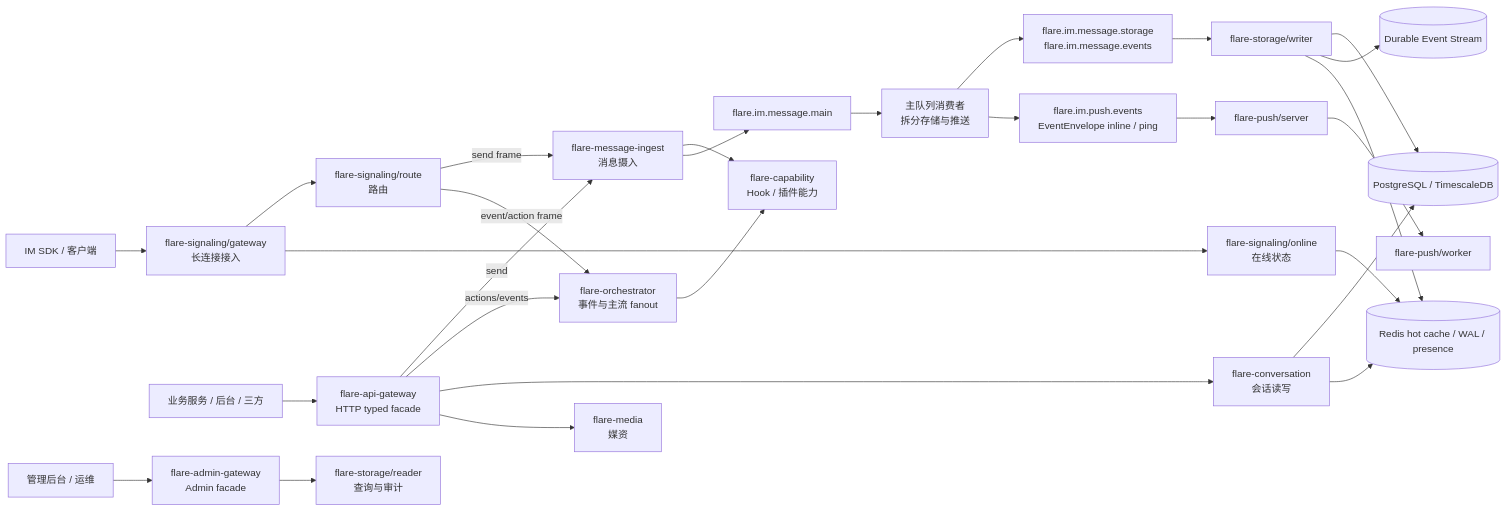
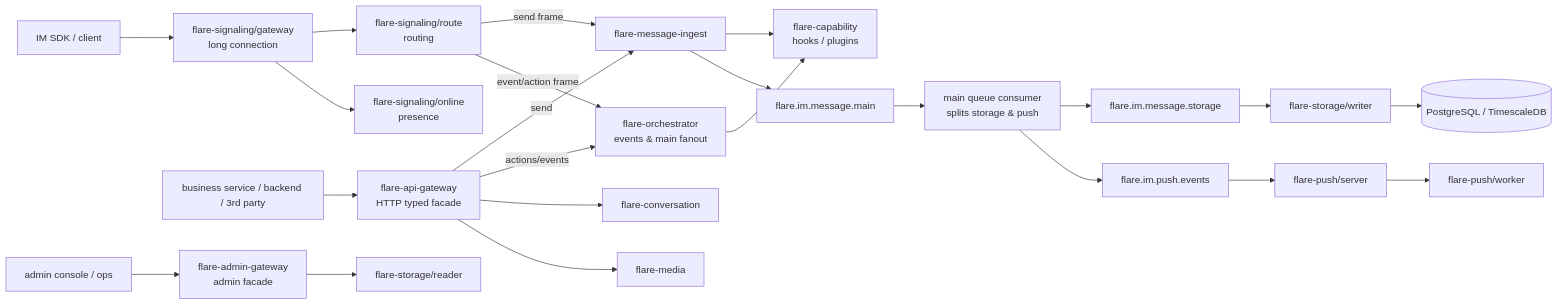
Before and after one commit to flare-im/flare-im-core-server: the second of 2 diagrams in README.md, drawn with Mermaid. The commit also changed other lines of this file and 7 other files, not shown here.

````diff
--- a/README.md
+++ b/README.md
@@ -123,32 +116,27 @@
 ```mermaid
 flowchart LR
-    SDK["IM SDK / 客户端"] --> SGW["flare-signaling/gateway<br/>长连接接入"]
-    ThirdParty["业务服务 / 后台 / 三方"] --> CGW["flare-api-gateway<br/>HTTP typed facade"]
-    Admin["管理后台 / 运维"] --> AGW["flare-admin-gateway<br/>Admin facade"]
+    SDK["IM SDK / client"] --> SGW["flare-signaling/gateway<br/>long connection"]
+    ThirdParty["business service / backend / 3rd party"] --> CGW["flare-api-gateway<br/>HTTP typed facade"]
+    Admin["admin console / ops"] --> AGW["flare-admin-gateway<br/>admin facade"]
 
-    SGW --> Route["flare-signaling/route<br/>路由"]
-    SGW --> Online["flare-signaling/online<br/>在线状态"]
-    CGW -- "send" --> Ingest["flare-message-ingest<br/>消息摄入"]
-    CGW -- "actions/events" --> Orchestrator["flare-orchestrator<br/>事件与主流 fanout"]
-    CGW --> Conversation["flare-conversation<br/>会话读写"]
-    CGW --> Media["flare-media<br/>媒资"]
-    AGW --> StorageReader["flare-storage/reader<br/>查询与审计"]
+    SGW --> Route["flare-signaling/route<br/>routing"]
+    SGW --> Online["flare-signaling/online<br/>presence"]
+    CGW -- "send" --> Ingest["flare-message-ingest"]
+    CGW -- "actions/events" --> Orchestrator["flare-orchestrator<br/>events &amp; main fanout"]
+    CGW --> Conversation["flare-conversation"]
+    CGW --> Media["flare-media"]
+    AGW --> StorageReader["flare-storage/reader"]
 
     Route -- "send frame" --> Ingest
     Route -- "event/action frame" --> Orchestrator
-    Ingest --> Capability["flare-capability<br/>Hook / 插件能力"]
+    Ingest --> Capability["flare-capability<br/>hooks / plugins"]
     Orchestrator --> Capability
     Ingest --> MQMain["flare.im.message.main"]
-    MQMain --> OrchestratorFanout["主队列消费者<br/>拆分存储与推送"]
-    OrchestratorFanout --> MQStorage["flare.im.message.storage<br/>flare.im.message.events"]
-    OrchestratorFanout --> MQPush["flare.im.push.events<br/>EventEnvelope inline / ping"]
+    MQMain --> Fanout["main queue consumer<br/>splits storage &amp; push"]
+    Fanout --> MQStorage["flare.im.message.storage"]
+    Fanout --> MQPush["flare.im.push.events"]
     MQStorage --> StorageWriter["flare-storage/writer"]
     MQPush --> PushServer["flare-push/server"]
     PushServer --> PushWorker["flare-push/worker"]
     StorageWriter --> Postgres[("PostgreSQL / TimescaleDB")]
-    StorageWriter --> EventStream[("Durable Event Stream")]
-    StorageWriter --> Redis[("Redis hot cache / WAL / presence")]
-    Conversation --> Postgres
-    Conversation --> Redis
-    Online --> Redis
 ```
````
